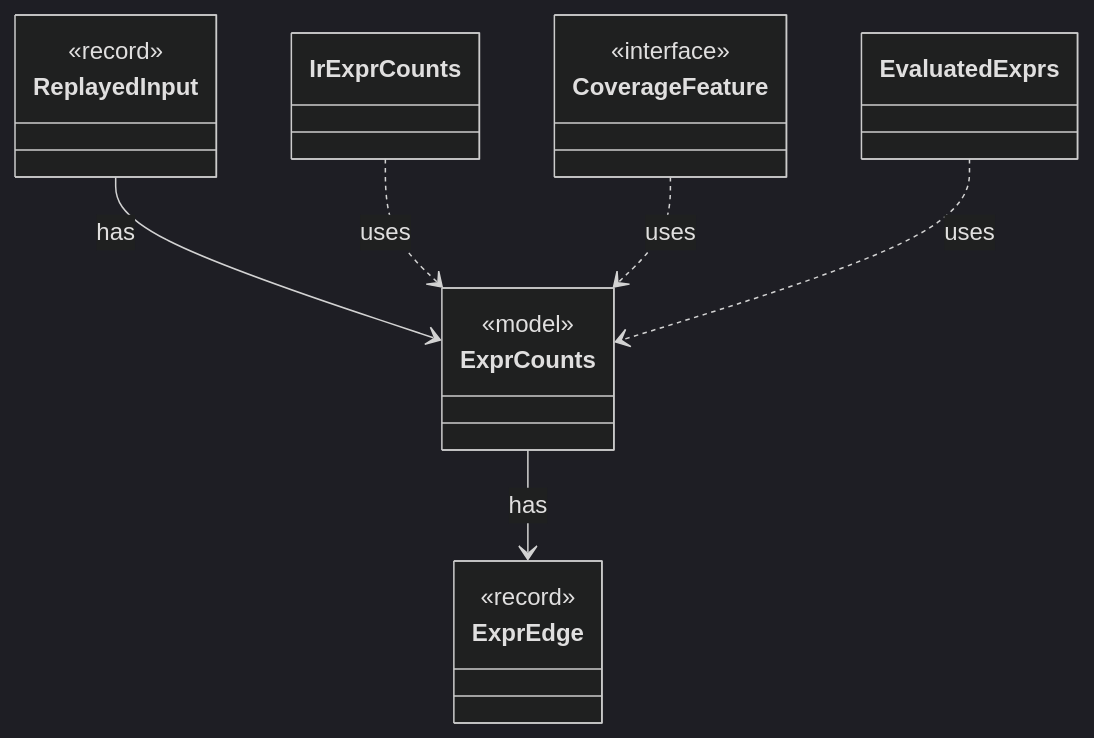
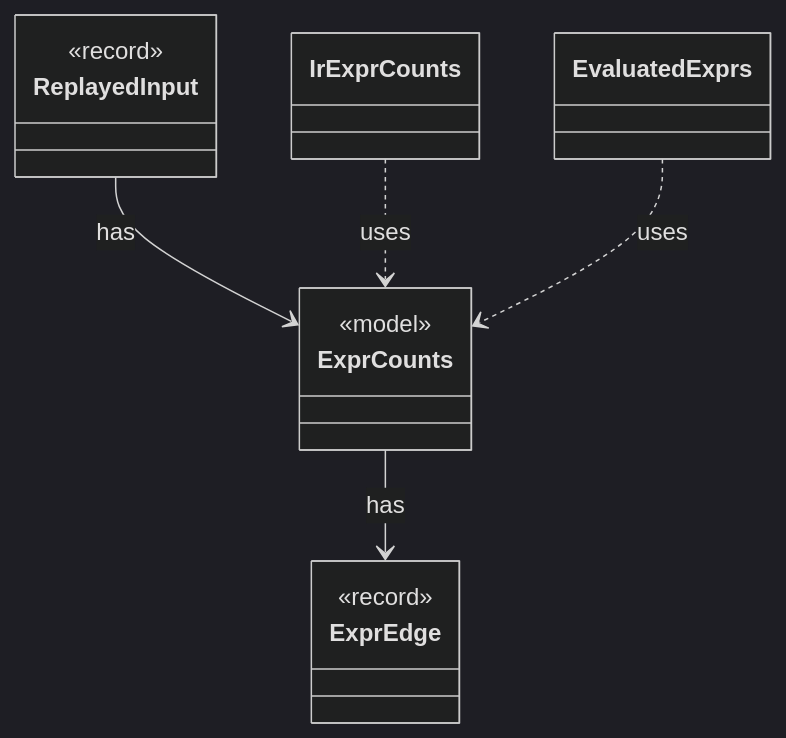
Before and after one commit to tlaplus/model-checker-hardening: the diagram in dev/types/io.github.tlaplus.hardening.common.ExprCounts.md, drawn with Mermaid (dark theme). The commit also changed other lines of this file and 410 other files, not shown here.

````diff
--- a/dev/types/io.github.tlaplus.hardening.common.ExprCounts.md
+++ b/dev/types/io.github.tlaplus.hardening.common.ExprCounts.md
@@ -7,22 +7,18 @@
 ```mermaid
 classDiagram
   class ExprCounts {
     <<model>>
   }
   class ExprEdge {
     <<record>>
   }
   class ReplayedInput {
     <<record>>
   }
   class IrExprCounts
-  class CoverageFeature {
-    <<interface>>
-  }
   class EvaluatedExprs
   ExprCounts --> ExprEdge : has
   ReplayedInput --> ExprCounts : has
   IrExprCounts ..> ExprCounts : uses
-  CoverageFeature ..> ExprCounts : uses
   EvaluatedExprs ..> ExprCounts : uses
 ```
````
